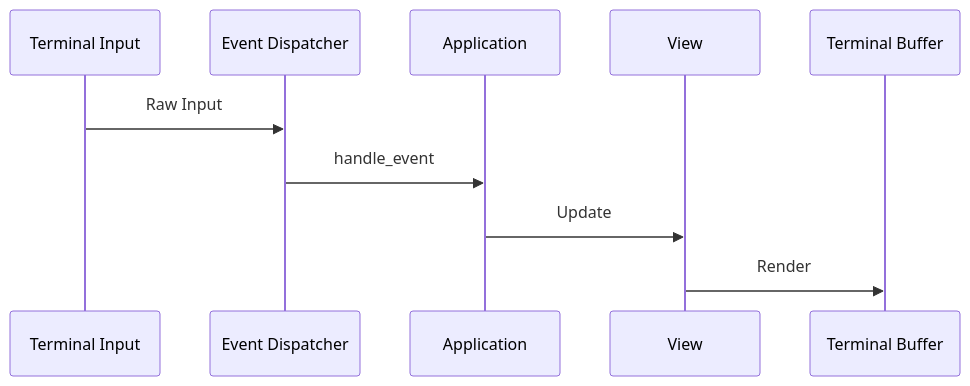
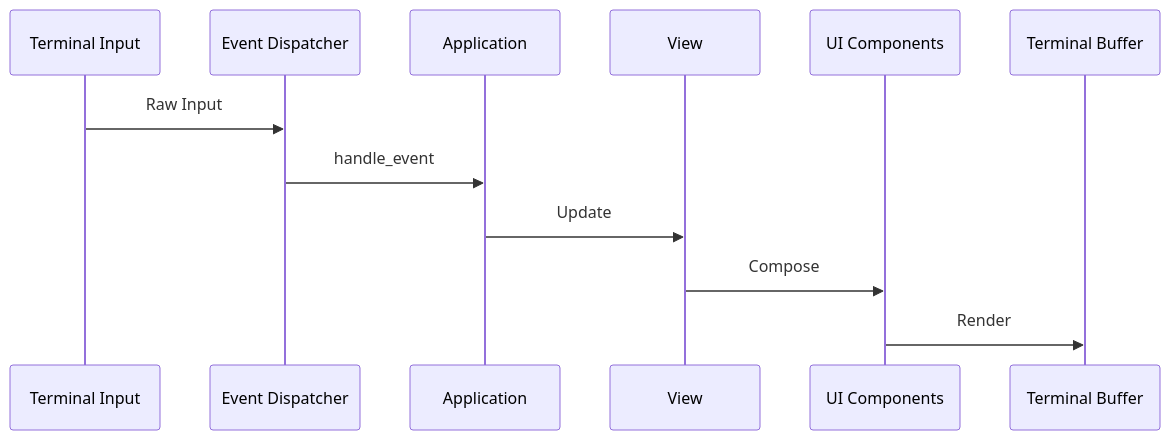
The eighth of 9 diagrams in docs/ARCHITECTURE.md (Hydepwns/raxol), drawn with Mermaid before and after one commit. The commit also changed other lines of this file, not shown here.

First line of the commit message:
docs: update and synchronize root README and architecture documentation

````diff
--- a/docs/ARCHITECTURE.md
+++ b/docs/ARCHITECTURE.md
@@ -162,13 +199,15 @@
 ```mermaid
 sequenceDiagram
     participant TI as Terminal Input
     participant ED as Event Dispatcher
     participant App as Application
     participant View as View
+    participant UI as UI Components
     participant TB as Terminal Buffer
 
     TI->>ED: Raw Input
     ED->>App: handle_event
     App->>View: Update
-    View->>TB: Render
+    View->>UI: Compose
+    UI->>TB: Render
 ```
````
